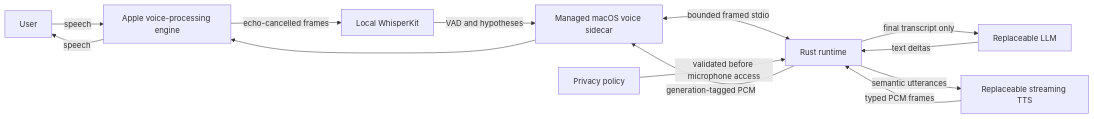
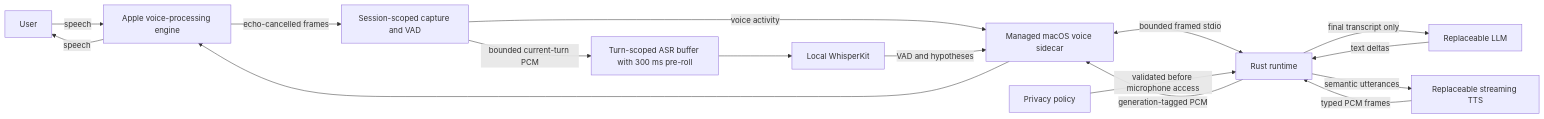
Before and after one commit to xiongxhc/conversation-runtime-sdk: the second of 4 diagrams in docs/architecture.md, drawn with Mermaid. The commit also changed other lines of this file and 8 other files, not shown here.

Commit message:
fix(voice): keep capture continuous across turns

````diff
--- a/docs/architecture.md
+++ b/docs/architecture.md
@@ -97,24 +97,29 @@
 ```mermaid
 flowchart LR
     User["User"]
     Sidecar["Managed macOS voice sidecar"]
     Audio["Apple voice-processing engine"]
+    Capture["Session-scoped capture and VAD"]
+    TurnBuffer["Turn-scoped ASR buffer with 300 ms pre-roll"]
     ASR["Local WhisperKit"]
     Runtime["Rust runtime"]
     Policy["Privacy policy"]
     LLM["Replaceable LLM"]
     TTS["Replaceable streaming TTS"]
 
     User -->|"speech"| Audio
-    Audio -->|"echo-cancelled frames"| ASR
+    Audio -->|"echo-cancelled frames"| Capture
+    Capture -->|"bounded current-turn PCM"| TurnBuffer
+    TurnBuffer --> ASR
+    Capture -->|"voice activity"| Sidecar
     ASR -->|"VAD and hypotheses"| Sidecar
     Sidecar <-->|"bounded framed stdio"| Runtime
     Policy -->|"validated before microphone access"| Runtime
     Runtime -->|"final transcript only"| LLM
     LLM -->|"text deltas"| Runtime
     Runtime -->|"semantic utterances"| TTS
     TTS -->|"typed PCM frames"| Runtime
     Runtime -->|"generation-tagged PCM"| Sidecar
     Sidecar --> Audio
     Audio -->|"speech"| User
 ```
````
